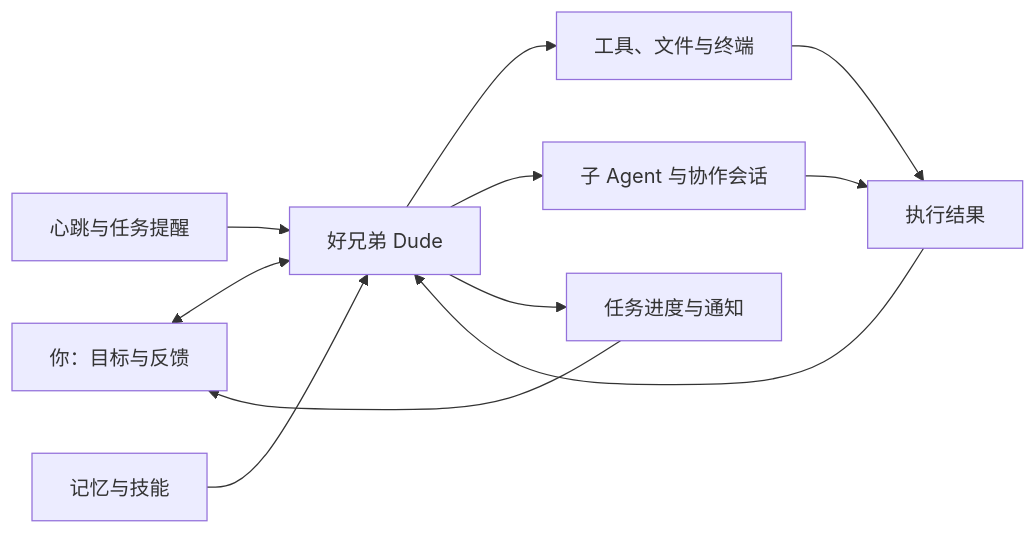
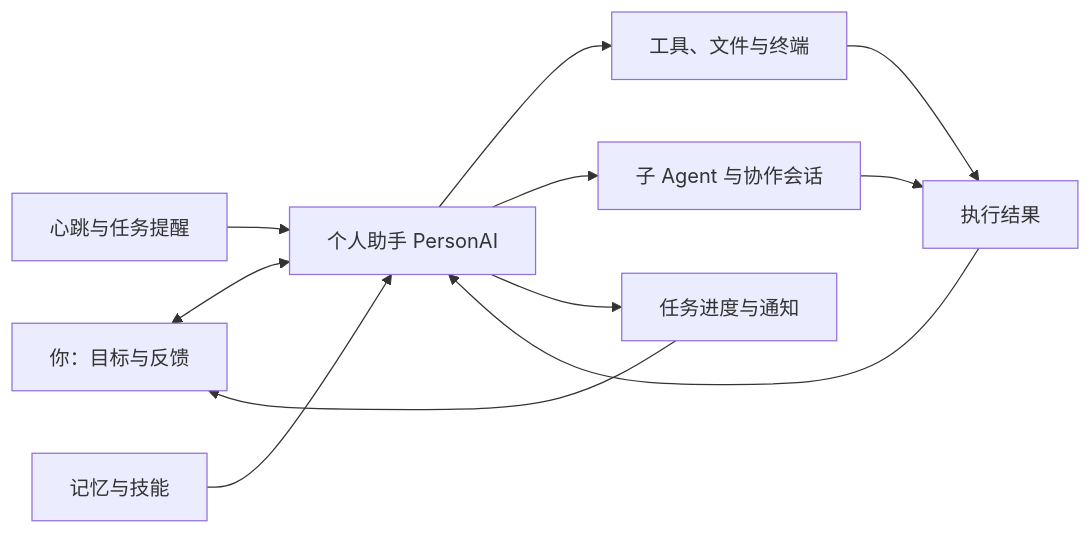
The diagram in README.md (Penglai-Link/Tron-Harness), drawn with Mermaid before and after one commit. The commit also changed other lines of this file and 236 other files, not shown here.

First line of the commit message:
refactor(brand): rename Dude to PersonAI and 好兄弟 to 个人助手

````diff
--- a/README.md
+++ b/README.md
@@ -60,13 +60,13 @@
 ```mermaid
 flowchart LR
-    User[你：目标与反馈] <--> Dude[好兄弟 Dude]
-    Dude --> Tools[工具、文件与终端]
-    Dude --> Agents[子 Agent 与协作会话]
+    User[你：目标与反馈] <--> PersonAI[个人助手 PersonAI]
+    PersonAI --> Tools[工具、文件与终端]
+    PersonAI --> Agents[子 Agent 与协作会话]
     Tools --> Results[执行结果]
     Agents --> Results
-    Results --> Dude
-    Dude --> Tasks[任务进度与通知]
+    Results --> PersonAI
+    PersonAI --> Tasks[任务进度与通知]
     Tasks --> User
-    Wake[心跳与任务提醒] --> Dude
-    Memory[记忆与技能] --> Dude
+    Wake[心跳与任务提醒] --> PersonAI
+    Memory[记忆与技能] --> PersonAI
 ```
````
